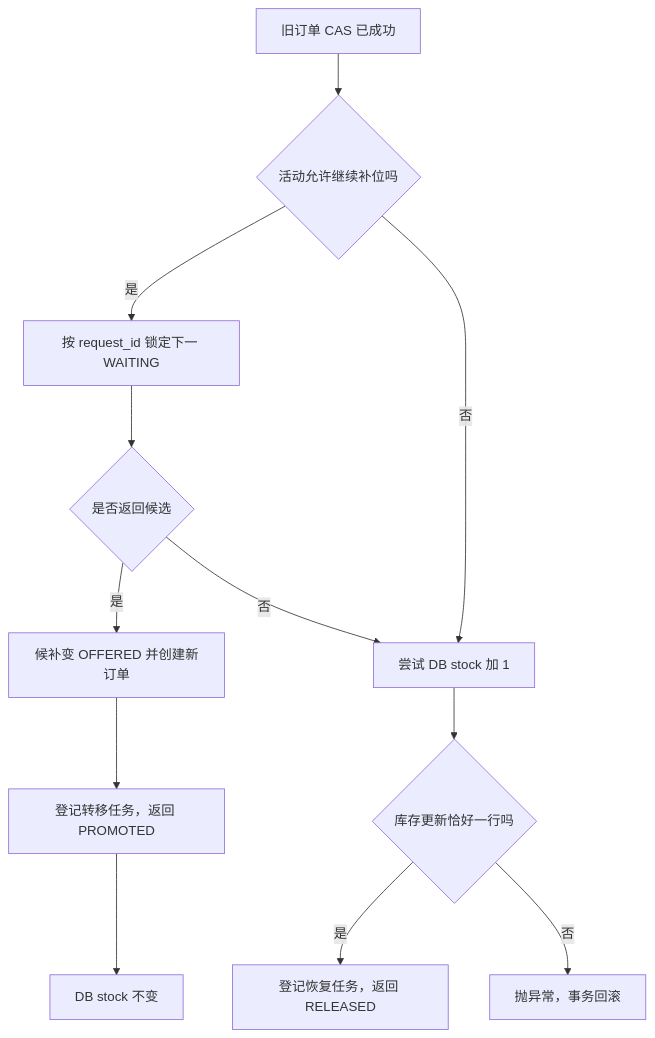
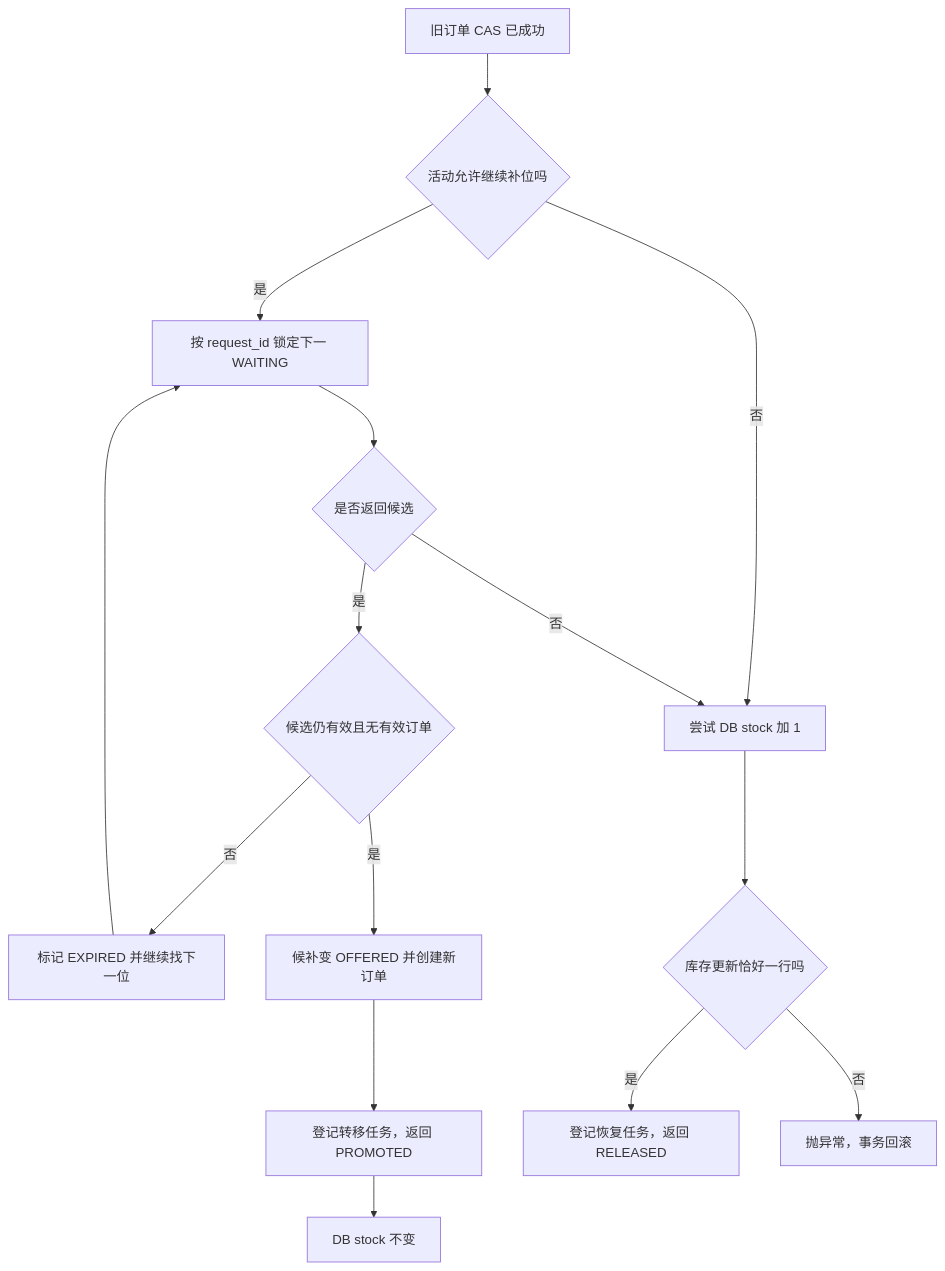
One commit to SyH-101/citypass-platform changed the seventh of 11 diagrams in 03-候补调度与资源交接.md. Above: the diagram before and after it, drawn with Mermaid. The commit also changed other lines of this file and 1 other file, not shown here.

````diff
--- a/03-候补调度与资源交接.md
+++ b/03-候补调度与资源交接.md
@@ -737,14 +763,17 @@
 ```mermaid
 flowchart TD
     A[旧订单 CAS 已成功] --> Q{活动允许继续补位吗}
     Q -->|是| W[按 request_id 锁定下一 WAITING]
     W --> F{是否返回候选}
-    F -->|是| P[候补变 OFFERED 并创建新订单]
+    F -->|是| V{候选仍有效且无有效订单}
+    V -->|否| X[标记 EXPIRED 并继续找下一位]
+    X --> W
+    V -->|是| P[候补变 OFFERED 并创建新订单]
     P --> H[登记转移任务，返回 PROMOTED]
     H --> K[DB stock 不变]
     Q -->|否| R[尝试 DB stock 加 1]
     F -->|否| R
     R --> S{库存更新恰好一行吗}
     S -->|是| T[登记恢复任务，返回 RELEASED]
     S -->|否| E[抛异常，事务回滚]
 ```
````
